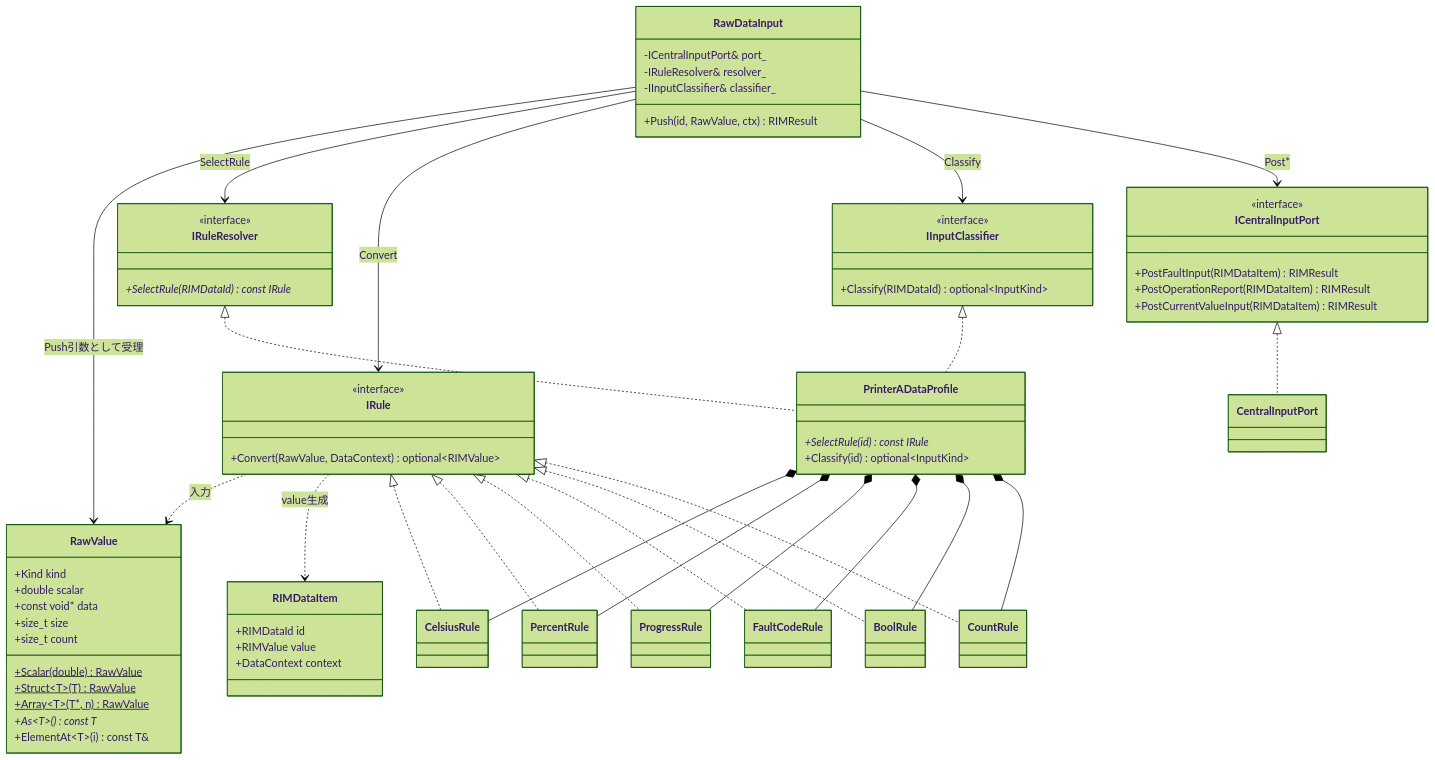
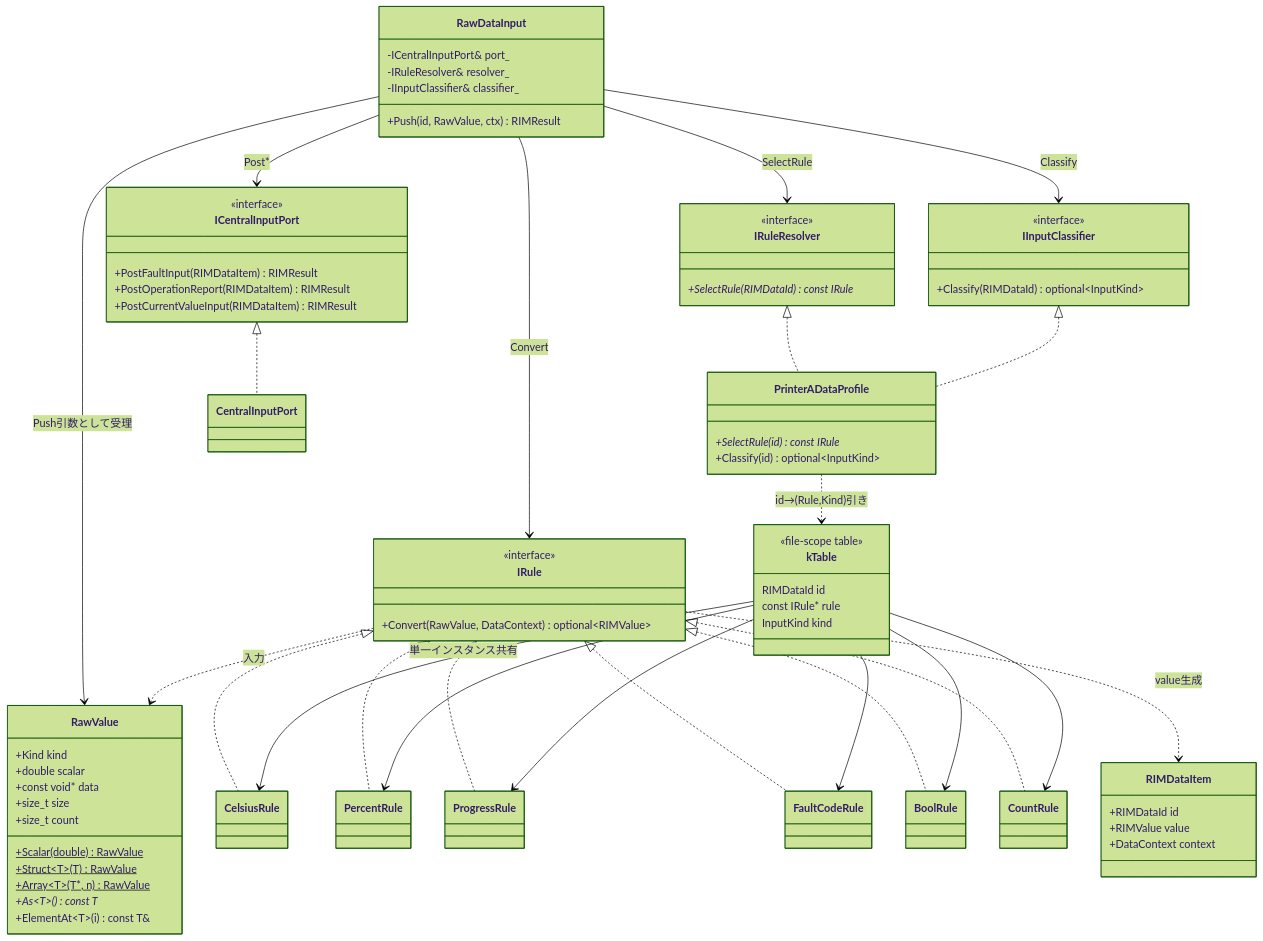
One commit to ceedling-vxworks-test-generator/printer-fw changed the diagram in docs/adapter/03_クラス図.md. Above: the diagram before and after it, drawn with Mermaid (forest theme). The commit also changed other lines of this file and 7 other files, not shown here.

````diff
--- a/docs/adapter/03_クラス図.md
+++ b/docs/adapter/03_クラス図.md
@@ -54,6 +54,12 @@
         +SelectRule(id) const IRule*
         +Classify(id) optional~InputKind~
     }
+    class kTable {
+        <<file-scope table>>
+        RIMDataId id
+        const IRule* rule
+        InputKind kind
+    }
     class CelsiusRule
     class PercentRule
     class ProgressRule
@@ -80,12 +86,13 @@
     IRule <|.. FaultCodeRule
     IRule <|.. BoolRule
     IRule <|.. CountRule
-    PrinterADataProfile *-- CelsiusRule
-    PrinterADataProfile *-- PercentRule
-    PrinterADataProfile *-- ProgressRule
-    PrinterADataProfile *-- FaultCodeRule
-    PrinterADataProfile *-- BoolRule
-    PrinterADataProfile *-- CountRule
+    PrinterADataProfile ..> kTable : id→(Rule,Kind)引き
+    kTable --> CelsiusRule : 単一インスタンス共有
+    kTable --> PercentRule
+    kTable --> ProgressRule
+    kTable --> FaultCodeRule
+    kTable --> BoolRule
+    kTable --> CountRule
 
     ICentralInputPort <|.. CentralInputPort
 ```
````
